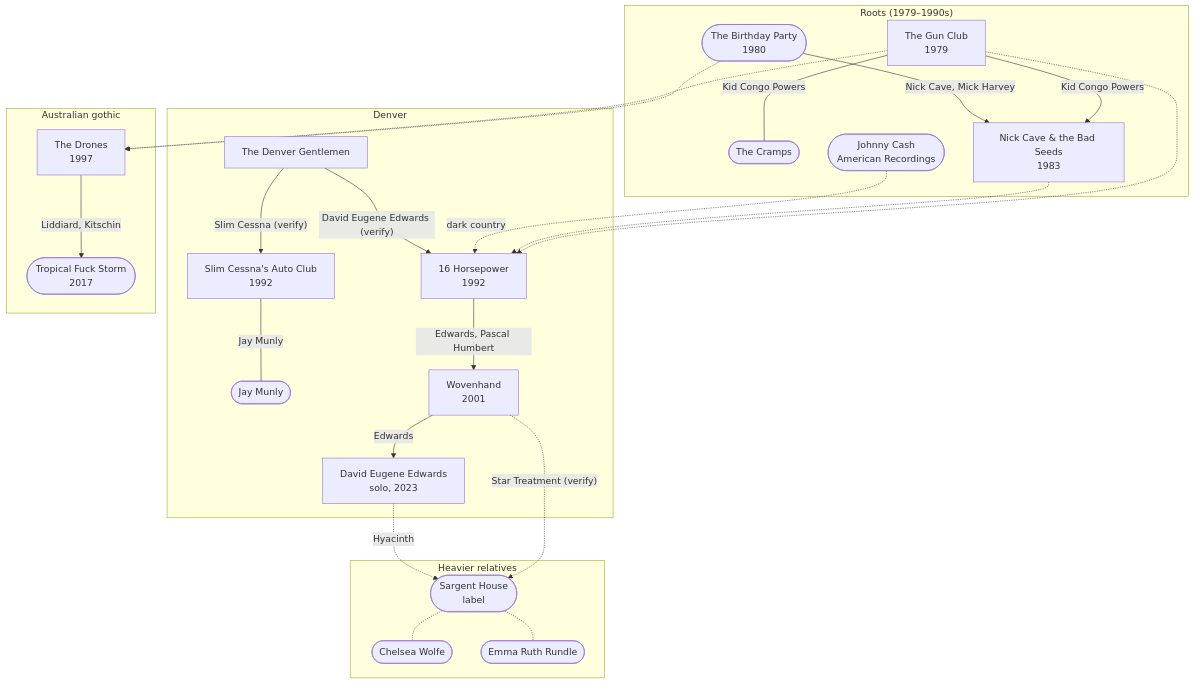
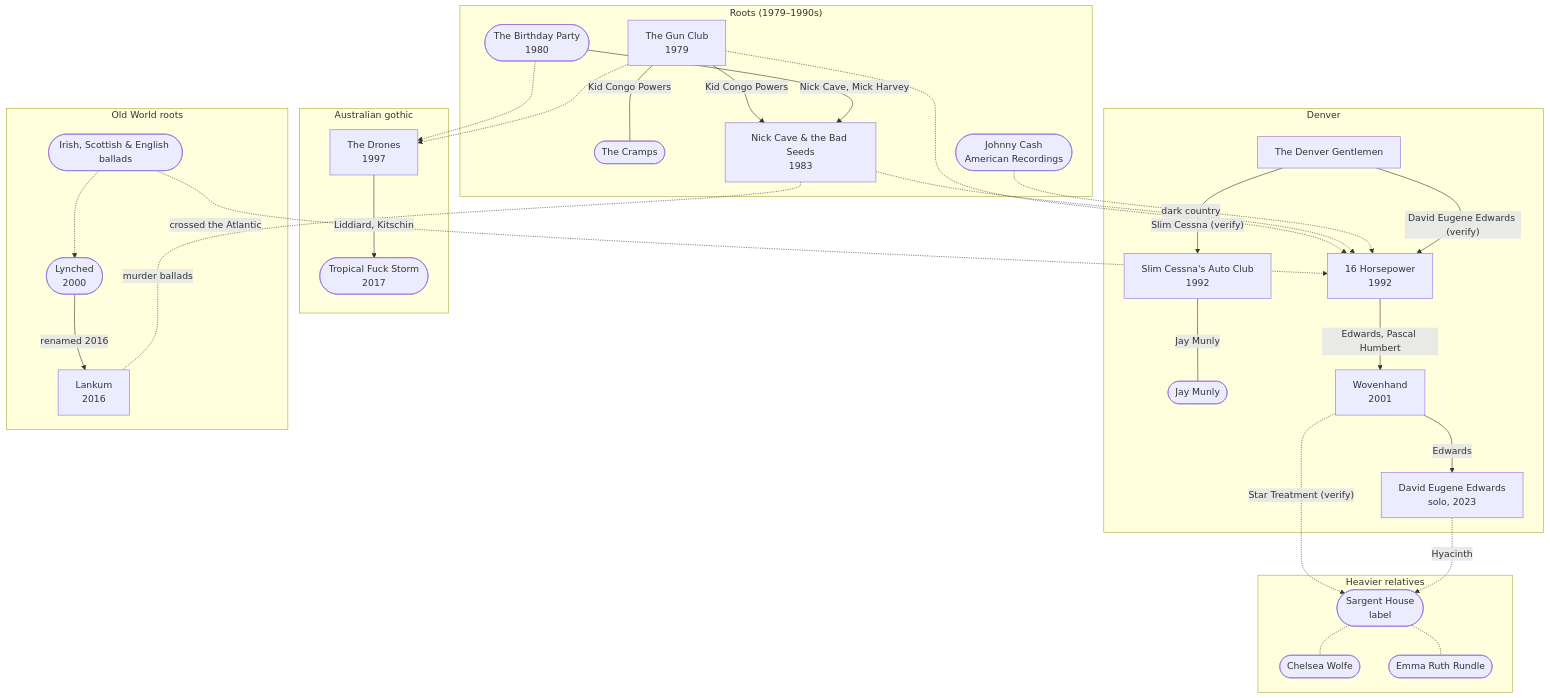
One commit to zrrbite/music-scenes changed the diagram in gothic-americana/connections.md. Above: the diagram before and after it, drawn with Mermaid. The commit also changed 52 other files, not shown here.

````diff
--- a/gothic-americana/connections.md
+++ b/gothic-americana/connections.md
@@ -9,46 +9,55 @@
 ```mermaid
 flowchart TD
     subgraph ROOTS["Roots (1979–1990s)"]
         GC["The Gun Club<br/>1979"]
         CR(["The Cramps"])
         BP(["The Birthday Party<br/>1980"])
         NC["Nick Cave & the Bad Seeds<br/>1983"]
         CASH(["Johnny Cash<br/>American Recordings"])
     end
     subgraph DEN["Denver"]
         DG["The Denver Gentlemen"]
         SHP["16 Horsepower<br/>1992"]
         SCAC["Slim Cessna's Auto Club<br/>1992"]
         MUN(["Jay Munly"])
         WH["Wovenhand<br/>2001"]
         DEE["David Eugene Edwards<br/>solo, 2023"]
     end
     subgraph AUS["Australian gothic"]
         DR["The Drones<br/>1997"]
         TFS(["Tropical Fuck Storm<br/>2017"])
+    end
+    subgraph OLD["Old World roots"]
+        BAL(["Irish, Scottish & English ballads"])
+        LYN(["Lynched<br/>2000"])
+        LANK["Lankum<br/>2016"]
     end
     subgraph HEAVY["Heavier relatives"]
         SH(["Sargent House<br/>label"])
         CW(["Chelsea Wolfe"])
         ERR(["Emma Ruth Rundle"])
     end
 
     GC -- "Kid Congo Powers" --- CR
     GC -- "Kid Congo Powers" --> NC
     BP -- "Nick Cave, Mick Harvey" --> NC
     GC -.-> SHP
     NC -.-> SHP
     CASH -. "dark country" .-> SHP
     DG -- "David Eugene Edwards (verify)" --> SHP
     DG -- "Slim Cessna (verify)" --> SCAC
     SCAC -- "Jay Munly" --- MUN
     SHP -- "Edwards, Pascal Humbert" --> WH
     BP -.-> DR
     GC -.-> DR
     DR -- "Liddiard, Kitschin" --> TFS
     WH -- "Edwards" --> DEE
     WH -. "Star Treatment (verify)" .-> SH
     DEE -. "Hyacinth" .-> SH
     SH -.- CW
     SH -.- ERR
+    BAL -. "crossed the Atlantic" .-> SHP
+    BAL -.-> LYN
+    LYN -- "renamed 2016" --> LANK
+    NC -. "murder ballads" .- LANK
 ```
````
